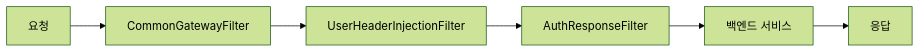
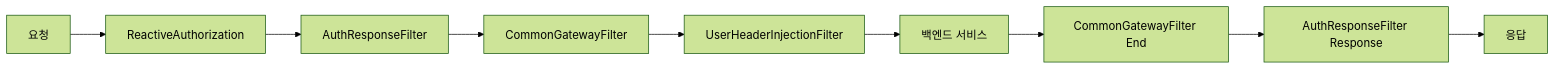
Before and after one commit to inganyoyo/backend: the third of 3 diagrams in apigateway/README.md, drawn with Mermaid (forest theme). The commit also changed other lines of this file and 10 other files, not shown here.

````diff
--- a/apigateway/README.md
+++ b/apigateway/README.md
@@ -299,8 +299,11 @@
 ```mermaid
 graph LR
-    Request[요청] --> CommonFilter[CommonGatewayFilter]
+    Request[요청] --> ReactiveAuth[ReactiveAuthorization]
+    ReactiveAuth --> AuthFilter[AuthResponseFilter]
+    AuthFilter --> CommonFilter[CommonGatewayFilter]
     CommonFilter --> UserHeaderFilter[UserHeaderInjectionFilter]
-    UserHeaderFilter --> AuthFilter[AuthResponseFilter]
-    AuthFilter --> BackendService[백엔드 서비스]
-    BackendService --> Response[응답]
+    UserHeaderFilter --> BackendService[백엔드 서비스]
+    BackendService --> CommonEnd[CommonGatewayFilter End]
+    CommonEnd --> AuthResponse[AuthResponseFilter Response]
+    AuthResponse --> Response[응답]
 ```
````
